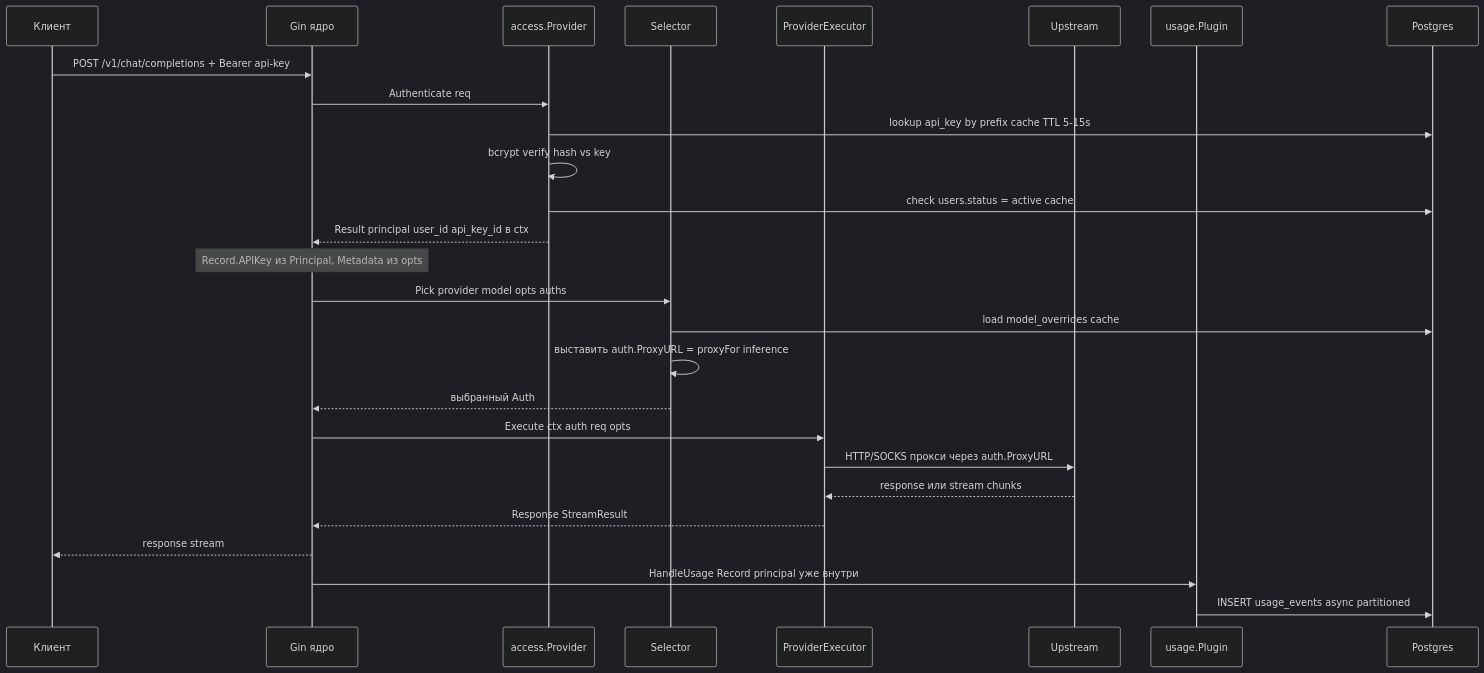
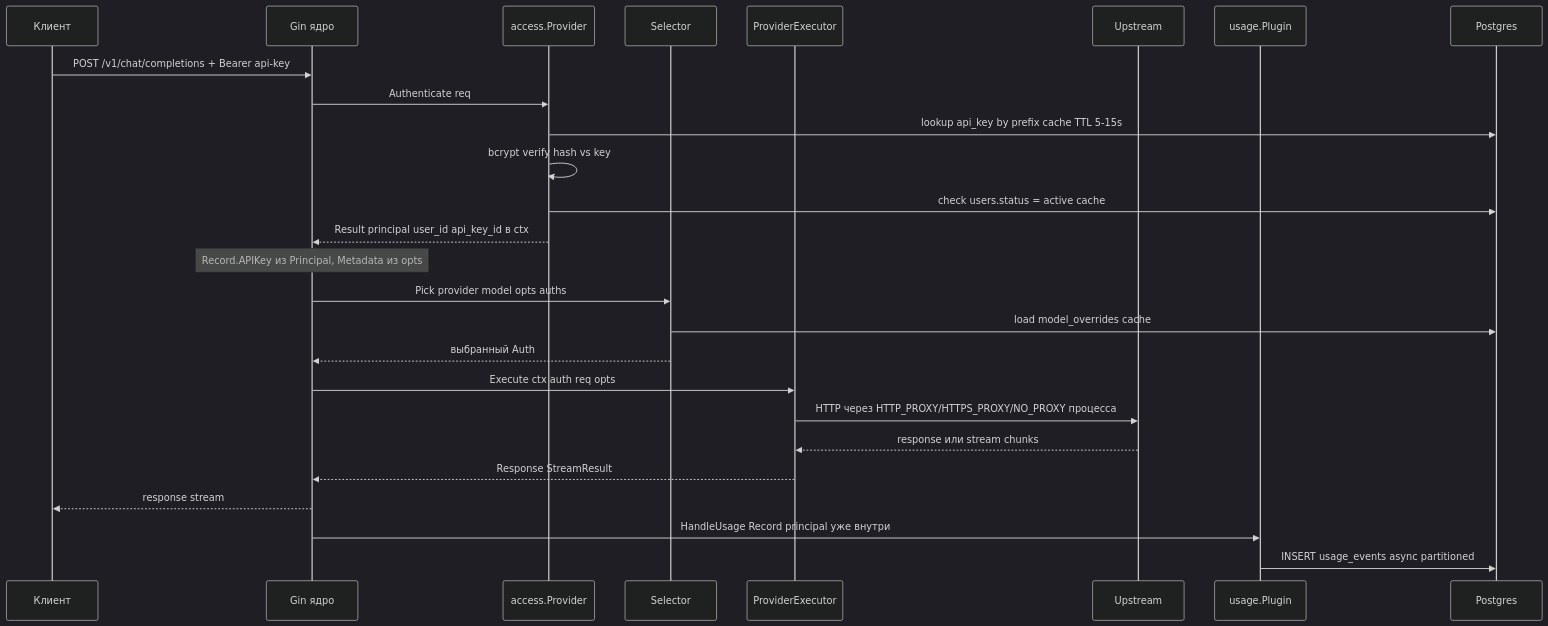
Before and after one commit to ilyast91/CLIProxyNew: the third of 7 diagrams in docs/architecture.md, drawn with Mermaid (dark theme). The commit also changed other lines of this file and 15 other files, not shown here.

````diff
--- a/docs/architecture.md
+++ b/docs/architecture.md
@@ -140,30 +140,29 @@
 ```mermaid
 sequenceDiagram
     participant App as Клиент
     participant Gin as Gin ядро
     participant AP as access.Provider
     participant Sel as Selector
     participant Exec as ProviderExecutor
     participant Up as Upstream
     participant USG as usage.Plugin
     participant DB as Postgres
 
     App->>Gin: POST /v1/chat/completions + Bearer api-key
     Gin->>AP: Authenticate req
     AP->>DB: lookup api_key by prefix cache TTL 5-15s
     AP->>AP: bcrypt verify hash vs key
     AP->>DB: check users.status = active cache
     AP-->>Gin: Result principal user_id api_key_id в ctx
     Note over Gin: Record.APIKey из Principal, Metadata из opts
     Gin->>Sel: Pick provider model opts auths
     Sel->>DB: load model_overrides cache
-    Sel->>Sel: выставить auth.ProxyURL = proxyFor inference
     Sel-->>Gin: выбранный Auth
     Gin->>Exec: Execute ctx auth req opts
-    Exec->>Up: HTTP/SOCKS прокси через auth.ProxyURL
+    Exec->>Up: HTTP через HTTP_PROXY/HTTPS_PROXY/NO_PROXY процесса
     Up-->>Exec: response или stream chunks
     Exec-->>Gin: Response StreamResult
     Gin-->>App: response stream
     Gin->>USG: HandleUsage Record principal уже внутри
     USG->>DB: INSERT usage_events async partitioned
 ```
````
